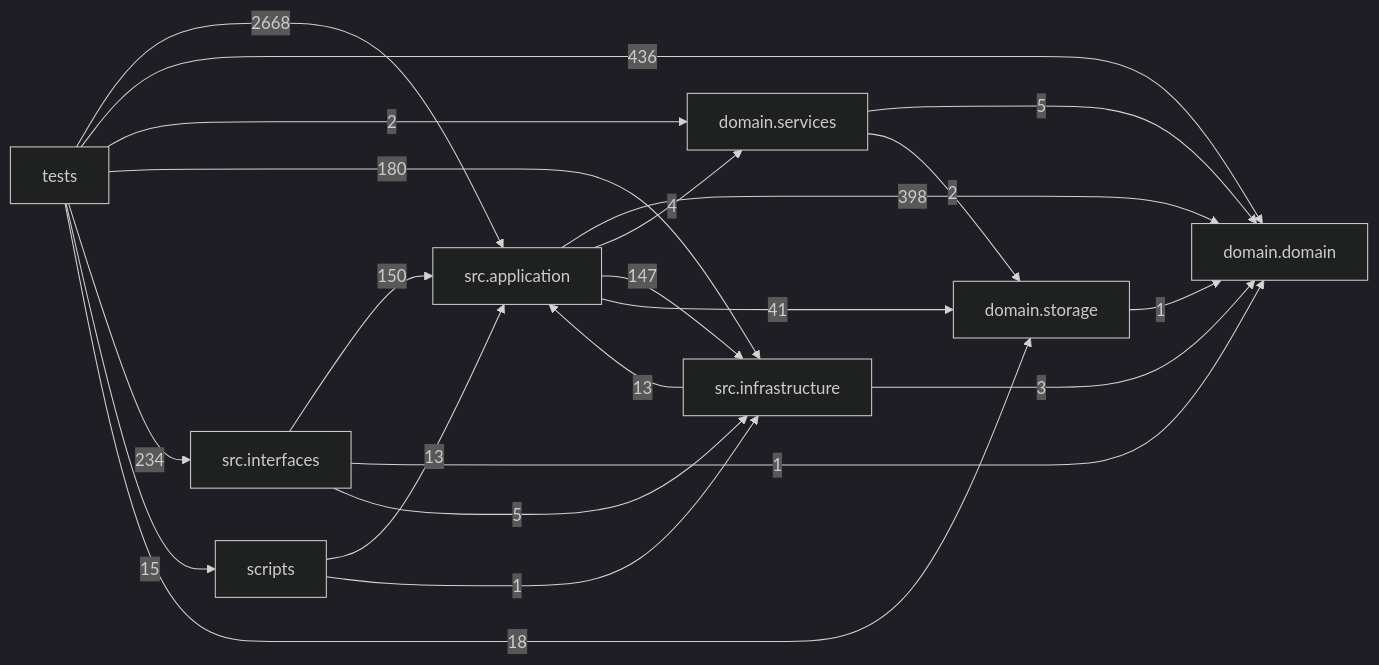
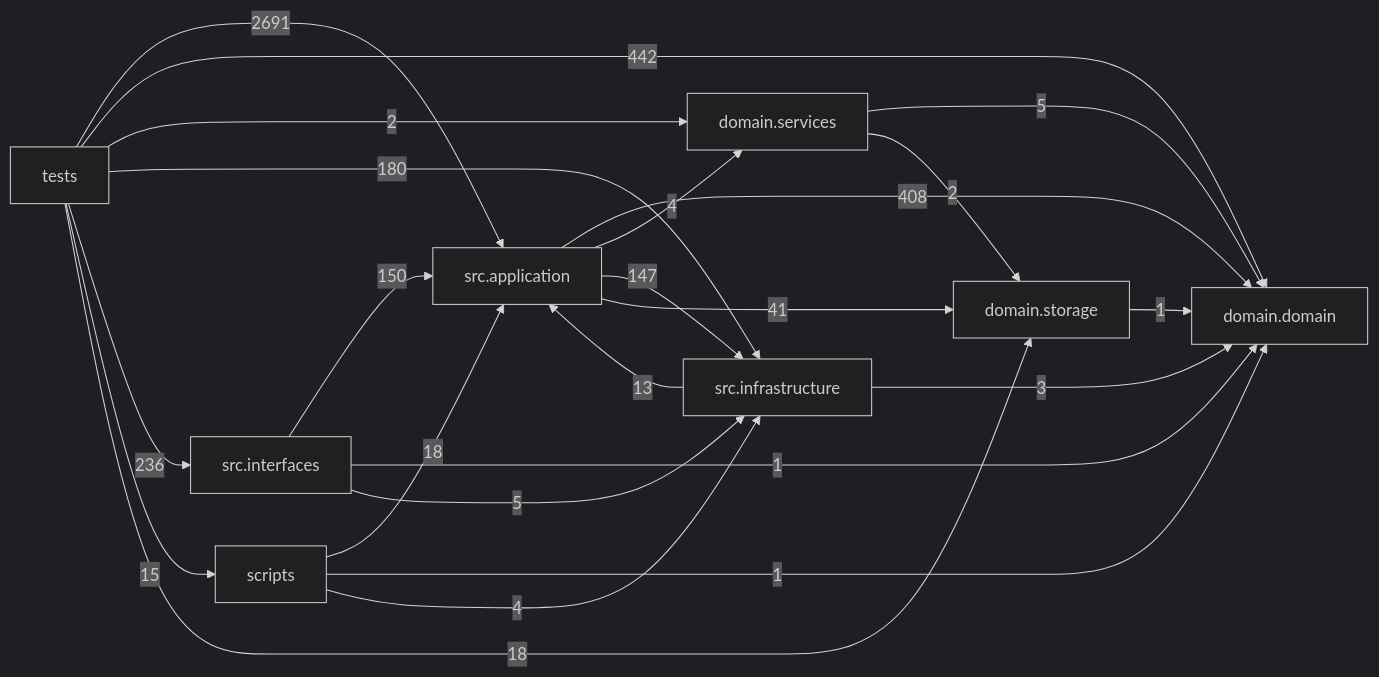
The diagram in docs/DEPENDENCY_GRAPH.md (liuxie066/options-monitor), drawn with Mermaid (dark theme) before and after one commit. The commit also changed other lines of this file and 44 other files, not shown here.

````diff
--- a/docs/DEPENDENCY_GRAPH.md
+++ b/docs/DEPENDENCY_GRAPH.md
@@ -24,32 +24,33 @@
 ```mermaid
 flowchart LR
   tests["tests"]
   scripts["scripts"]
   interfaces["src.interfaces"]
   application["src.application"]
   infrastructure["src.infrastructure"]
   domain_services["domain.services"]
   domain["domain.domain"]
   storage["domain.storage"]
-  application -->|398| domain
+  application -->|408| domain
   application -->|4| domain_services
   application -->|147| infrastructure
   application -->|41| storage
   domain_services -->|5| domain
   domain_services -->|2| storage
   infrastructure -->|13| application
   infrastructure -->|3| domain
   interfaces -->|150| application
   interfaces -->|1| domain
   interfaces -->|5| infrastructure
-  scripts -->|13| application
-  scripts -->|1| infrastructure
+  scripts -->|18| application
+  scripts -->|1| domain
+  scripts -->|4| infrastructure
   storage -->|1| domain
-  tests -->|2668| application
-  tests -->|436| domain
+  tests -->|2691| application
+  tests -->|442| domain
   tests -->|2| domain_services
   tests -->|180| infrastructure
-  tests -->|234| interfaces
+  tests -->|236| interfaces
   tests -->|15| scripts
   tests -->|18| storage
 ```
````
